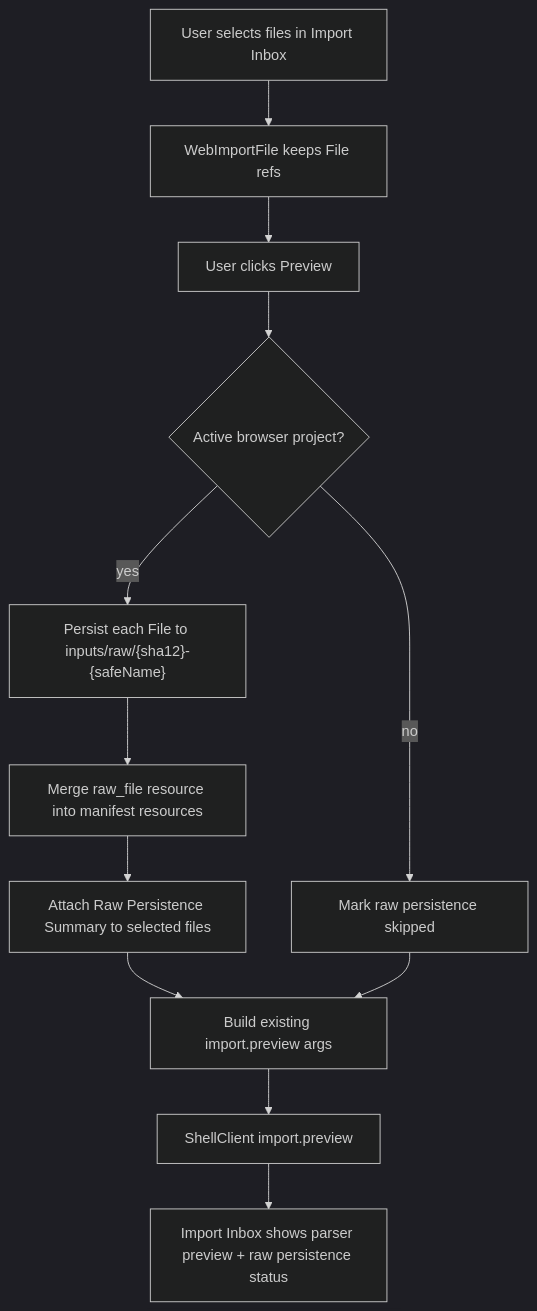
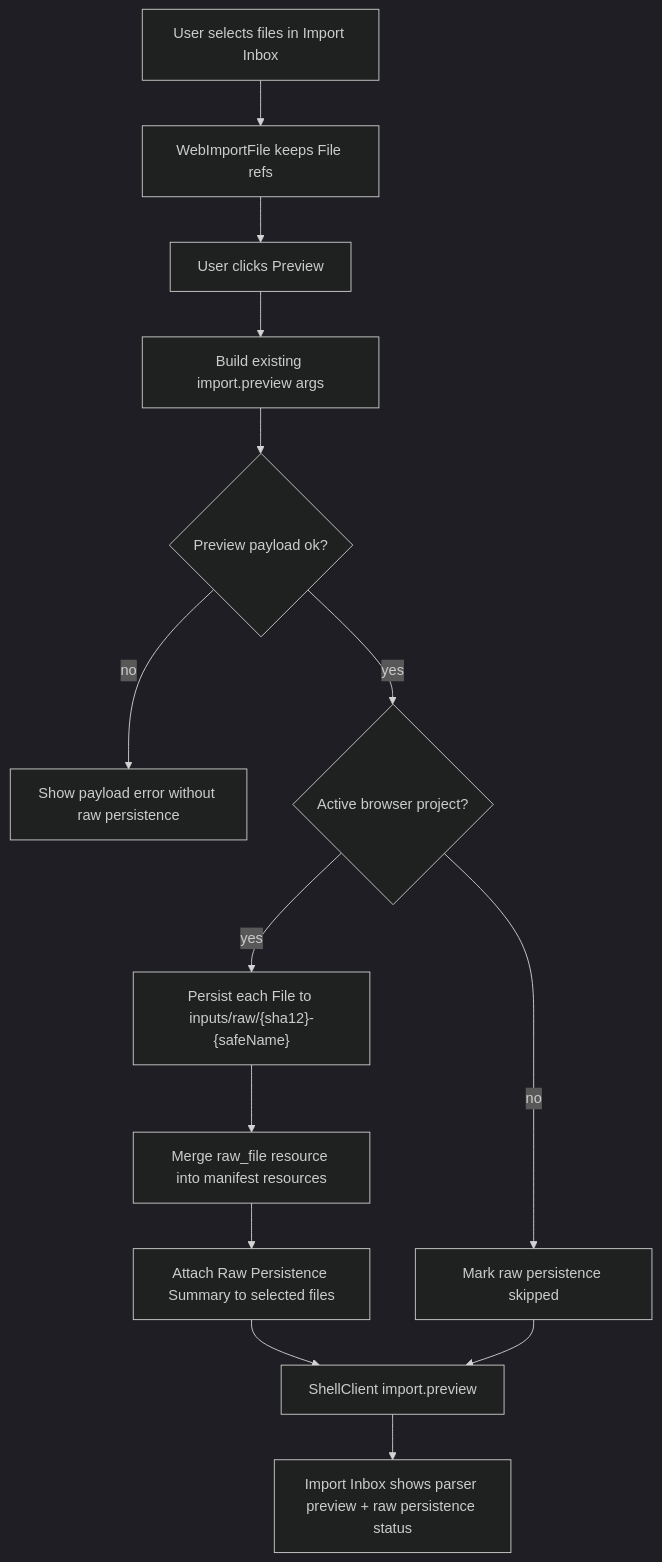
The diagram in codestable/features/2026-05-22-web-raw-input-persistence/web-raw-input-persistence-design.md (cfx2020/RxnCanvas), drawn with Mermaid (dark theme) before and after one commit. The commit also changed other lines of this file and 7 other files, not shown here.

Commit message:
Accept web raw input persistence

````diff
--- a/codestable/features/2026-05-22-web-raw-input-persistence/web-raw-input-persistence-design.md
+++ b/codestable/features/2026-05-22-web-raw-input-persistence/web-raw-input-persistence-design.md
@@ -127,14 +127,16 @@
 ```mermaid
 flowchart TD
   A["User selects files in Import Inbox"] --> B["WebImportFile keeps File refs"]
   B --> C["User clicks Preview"]
-  C --> D{"Active browser project?"}
+  C --> P["Build existing import.preview args"]
+  P --> Q{"Preview payload ok?"}
+  Q -->|no| R["Show payload error without raw persistence"]
+  Q -->|yes| D{"Active browser project?"}
   D -->|yes| E["Persist each File to inputs/raw/{sha12}-{safeName}"]
   E --> F["Merge raw_file resource into manifest resources"]
   F --> G["Attach Raw Persistence Summary to selected files"]
   D -->|no| H["Mark raw persistence skipped"]
-  G --> I["Build existing import.preview args"]
-  H --> I
-  I --> J["ShellClient import.preview"]
+  G --> J["ShellClient import.preview"]
+  H --> J
   J --> K["Import Inbox shows parser preview + raw persistence status"]
 ```
````
